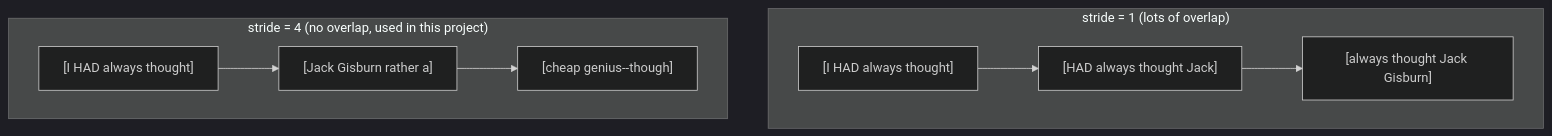
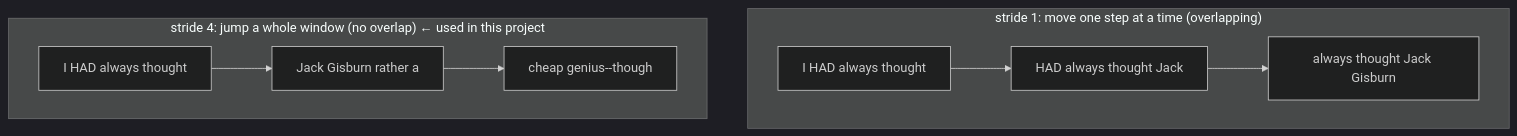
The fourth of 8 diagrams in docs/02-training-data.md (Ranjeet0611/tinygpt), drawn with Mermaid (dark theme) before and after one commit. The commit also changed other lines of this file and 9 other files, not shown here.

````diff
--- a/docs/02-training-data.md
+++ b/docs/02-training-data.md
@@ -48,11 +68,11 @@
 ```mermaid
 flowchart TB
-    subgraph S1["stride = 1 (lots of overlap)"]
+    subgraph A["stride 1: move one step at a time (overlapping)"]
         direction LR
-        a1["[I HAD always thought]"] --> a2["[HAD always thought Jack]"] --> a3["[always thought Jack Gisburn]"]
+        a1["I HAD always thought"] --> a2["HAD always thought Jack"] --> a3["always thought Jack Gisburn"]
     end
-    subgraph S4["stride = 4 (no overlap, used in this project)"]
+    subgraph B["stride 4: jump a whole window (no overlap) ← used in this project"]
         direction LR
-        b1["[I HAD always thought]"] --> b2["[Jack Gisburn rather a]"] --> b3["[cheap genius--though]"]
+        b1["I HAD always thought"] --> b2["Jack Gisburn rather a"] --> b3["cheap genius--though"]
     end
 ```
````
